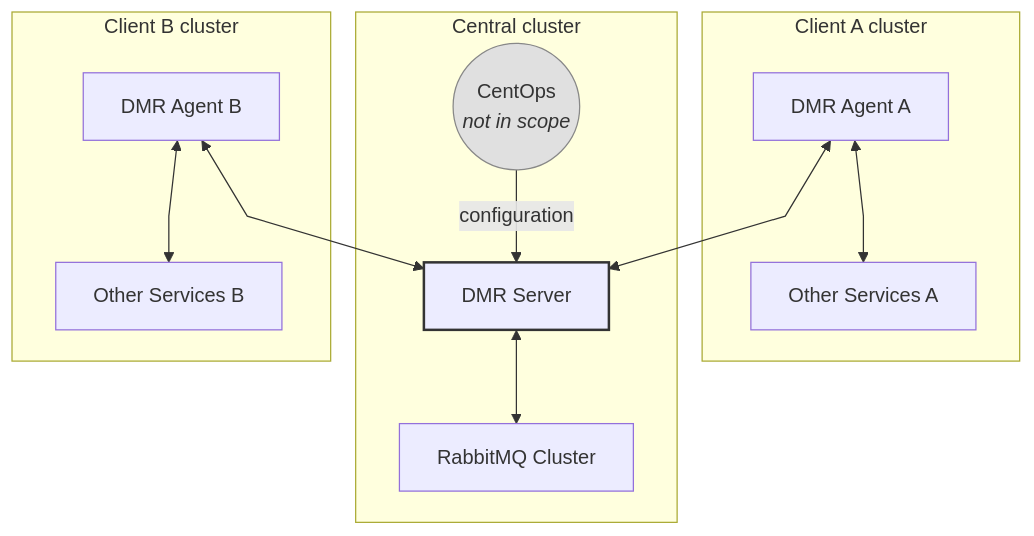
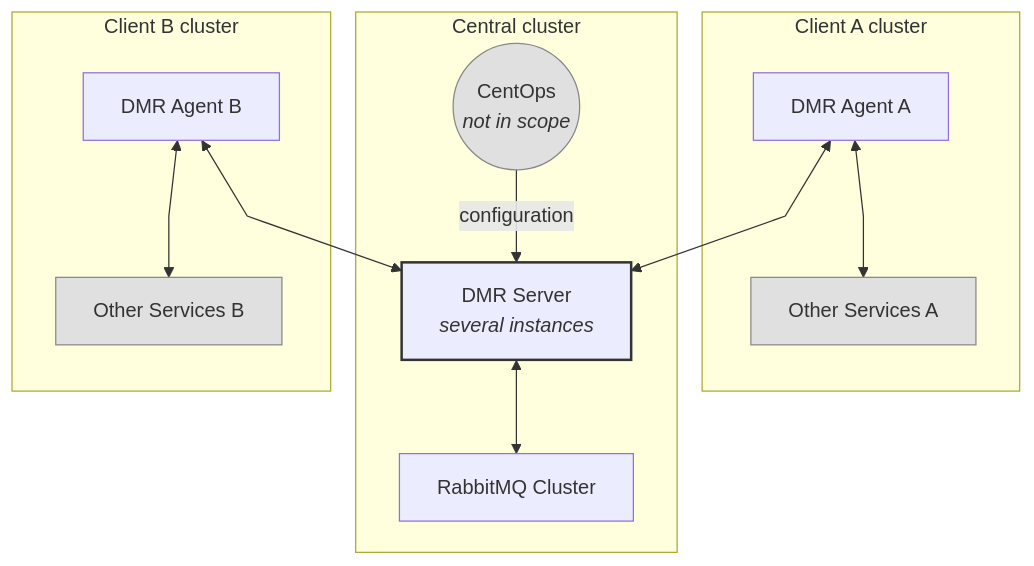
The diagram in README.md (furqattrade/DMR), drawn with Mermaid before and after one commit. The commit also changed other lines of this file and 2 other files, not shown here.

````diff
--- a/README.md
+++ b/README.md
@@ -13,29 +13,29 @@
 ```mermaid
 %%{ init: { "theme": "default", "flowchart": { "htmlLabels": true, "curve": "linear" } } }%%
 graph TD
   subgraph Client A cluster
     A1[DMR Agent A]
-    A2[Other Services A]
+    A2[Other Services A]:::grey
     A1 <--> A2
   end
 
   subgraph Central cluster
-    S[DMR Server]:::bold
+    S[DMR Server<br/><i>several instances</i>]:::bold
     MQ[RabbitMQ Cluster]
     CO((CentOps<br/><i>not in scope</i>)):::grey
   end
 
   subgraph Client B cluster
     B1[DMR Agent B]
-    B2[Other Services B]
+    B2[Other Services B]:::grey
     B1 <--> B2
   end
 
   A1 <--> S
   B1 <--> S
   S <--> MQ
   CO -->|configuration| S
 
   classDef bold stroke:#333,stroke-width:2;
   classDef grey fill:#e0e0e0,stroke:#888,stroke-width:1;
 ```
````
